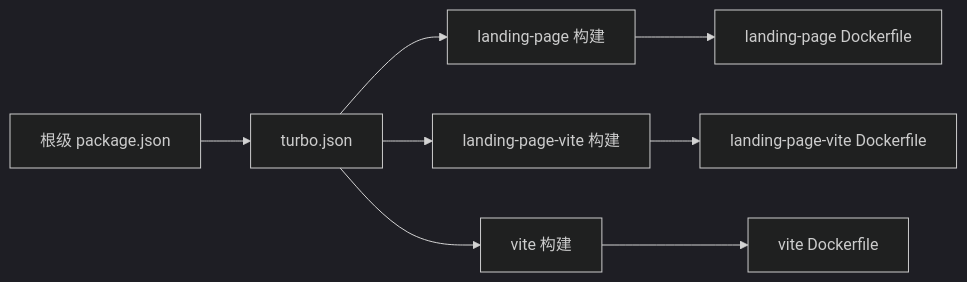
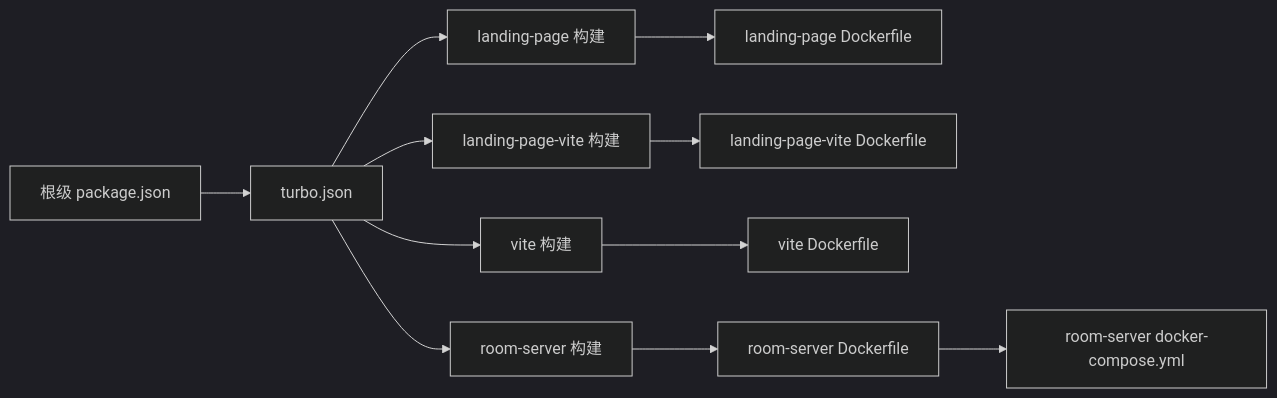
One commit to LRF0422/Kotion changed the eighth of 8 diagrams in .qoder/repowiki/zh/content/部署配置/Docker容器化.md. Above: the diagram before and after it, drawn with Mermaid (dark theme). The commit also changed other lines of this file and 75 other files, not shown here.

````diff
--- a/.qoder/repowiki/zh/content/部署配置/Docker容器化.md
+++ b/.qoder/repowiki/zh/content/部署配置/Docker容器化.md
@@ -220,10 +363,13 @@
 ```mermaid
 graph LR
 P["根级 package.json"] --> T["turbo.json"]
 T --> L["landing-page 构建"]
 T --> LV["landing-page-vite 构建"]
 T --> V["vite 构建"]
+T --> RS["room-server 构建"]
 L --> DL["landing-page Dockerfile"]
 LV --> DLV["landing-page-vite Dockerfile"]
 V --> DV["vite Dockerfile"]
+RS --> DR["room-server Dockerfile"]
+DR --> DC["room-server docker-compose.yml"]
 ```
````
